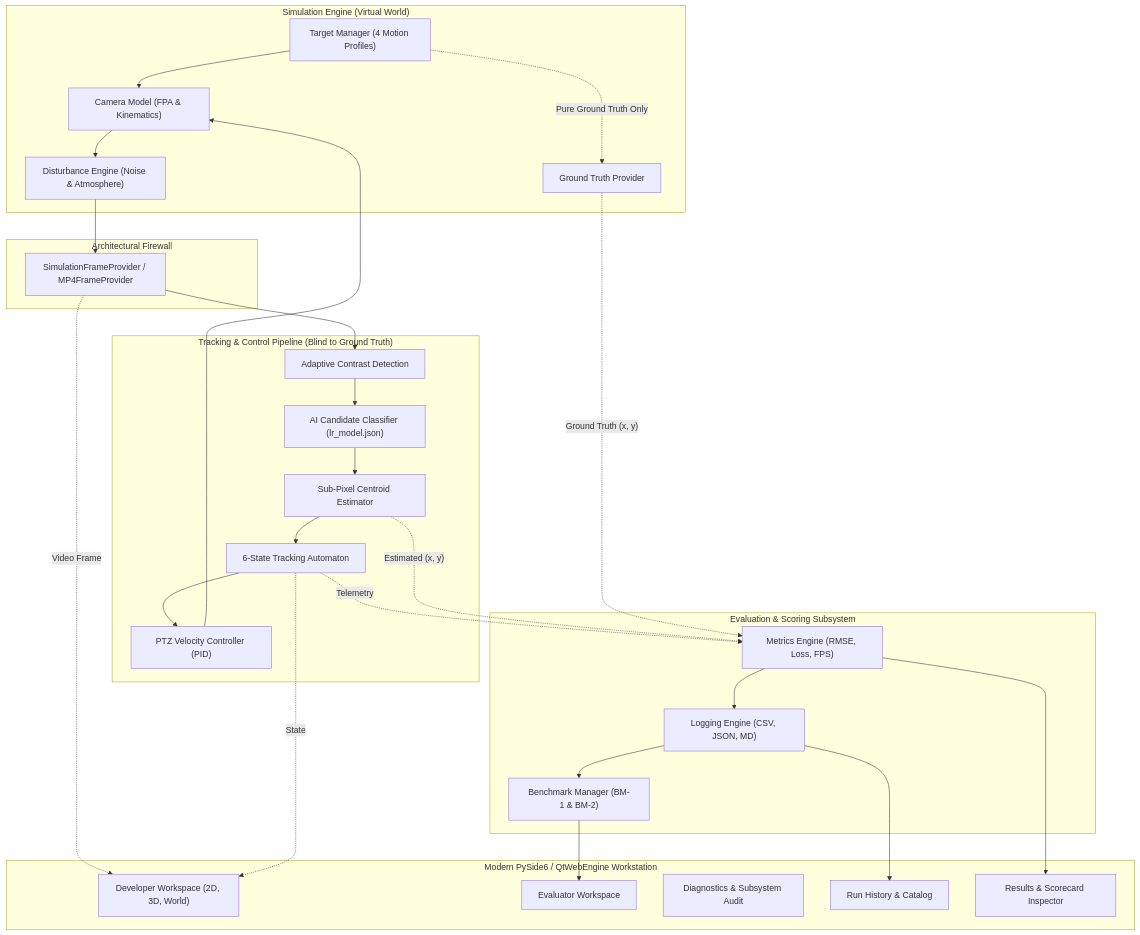
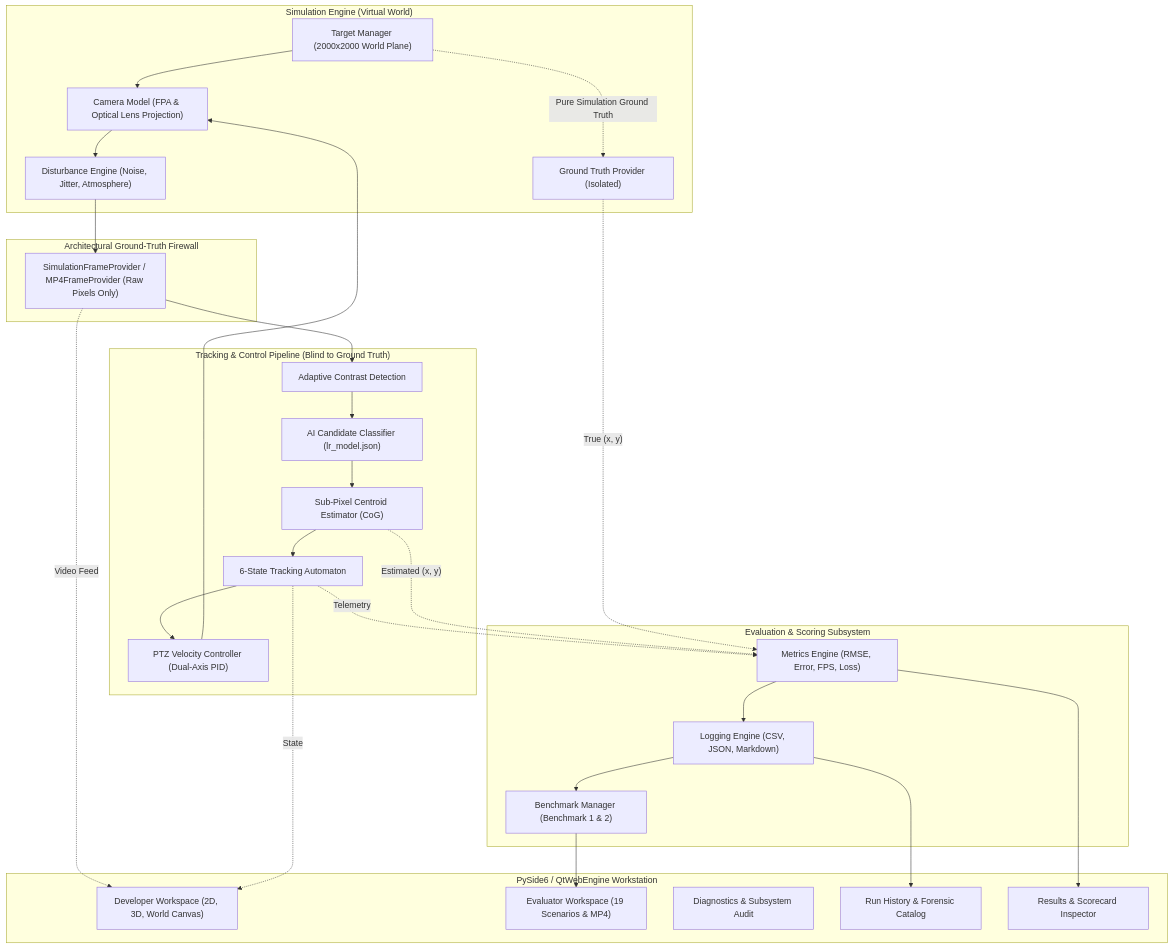
The diagram in README.md (Ujjwal-Qubit/Run_Time_Terror), drawn with Mermaid before and after one commit. The commit also changed other lines of this file and 355 other files, not shown here.

````diff
--- a/README.md
+++ b/README.md
@@ -63,59 +94,59 @@
 ```mermaid
 flowchart TD
-    subgraph Simulation_Engine ["Simulation Engine (Virtual World)"]
-        TM["Target Manager (4 Motion Profiles)"]
-        CM["Camera Model (FPA & Kinematics)"]
-        DE["Disturbance Engine (Noise & Atmosphere)"]
-        GT["Ground Truth Provider"]
+    subgraph Simulation_Domain ["Simulation Engine (Virtual World)"]
+        TM["Target Manager (2000x2000 World Plane)"]
+        CM["Camera Model (FPA & Optical Lens Projection)"]
+        DE["Disturbance Engine (Noise, Jitter, Atmosphere)"]
+        GT["Ground Truth Provider (Isolated)"]
     end
 
-    subgraph Architectural_Firewall ["Architectural Firewall"]
-        FP["SimulationFrameProvider / MP4FrameProvider"]
+    subgraph Architectural_Firewall ["Architectural Ground-Truth Firewall"]
+        FP["SimulationFrameProvider / MP4FrameProvider (Raw Pixels Only)"]
     end
 
-    subgraph Tracking_Pipeline ["Tracking & Control Pipeline (Blind to Ground Truth)"]
+    subgraph Perception_Pipeline ["Tracking & Control Pipeline (Blind to Ground Truth)"]
         DET["Adaptive Contrast Detection"]
         AI["AI Candidate Classifier (lr_model.json)"]
-        CENT["Sub-Pixel Centroid Estimator"]
+        CENT["Sub-Pixel Centroid Estimator (CoG)"]
         SM["6-State Tracking Automaton"]
-        PTZ["PTZ Velocity Controller (PID)"]
+        PTZ["PTZ Velocity Controller (Dual-Axis PID)"]
     end
 
     subgraph Evaluation_Subsystem ["Evaluation & Scoring Subsystem"]
-        ME["Metrics Engine (RMSE, Loss, FPS)"]
-        LE["Logging Engine (CSV, JSON, MD)"]
-        BM["Benchmark Manager (BM-1 & BM-2)"]
+        ME["Metrics Engine (RMSE, Error, FPS, Loss)"]
+        LE["Logging Engine (CSV, JSON, Markdown)"]
+        BM["Benchmark Manager (Benchmark 1 & 2)"]
     end
 
-    subgraph UI_Host ["Modern PySide6 / QtWebEngine Workstation"]
-        DEV["Developer Workspace (2D, 3D, World)"]
-        EVAL["Evaluator Workspace"]
+    subgraph UI_Host ["PySide6 / QtWebEngine Workstation"]
+        DEV["Developer Workspace (2D, 3D, World Canvas)"]
+        EVAL["Evaluator Workspace (19 Scenarios & MP4)"]
         DIAG["Diagnostics & Subsystem Audit"]
-        HIST["Run History & Catalog"]
+        HIST["Run History & Forensic Catalog"]
         RES["Results & Scorecard Inspector"]
     end
 
     TM --> CM
     CM --> DE
     DE --> FP
-    TM -. Pure Ground Truth Only .-> GT
-    
+    TM -. Pure Simulation Ground Truth .-> GT
+
     FP --> DET
     DET --> AI
     AI --> CENT
     CENT --> SM
     SM --> PTZ
     PTZ --> CM
 
     SM -. Telemetry .-> ME
     CENT -. Estimated (x, y) .-> ME
-    GT -. Ground Truth (x, y) .-> ME
+    GT -. True (x, y) .-> ME
     ME --> LE
     LE --> BM
-    
-    FP -. Video Frame .-> DEV
+
+    FP -. Video Feed .-> DEV
     SM -. State .-> DEV
     BM --> EVAL
     LE --> HIST
     ME --> RES
 ```
````
